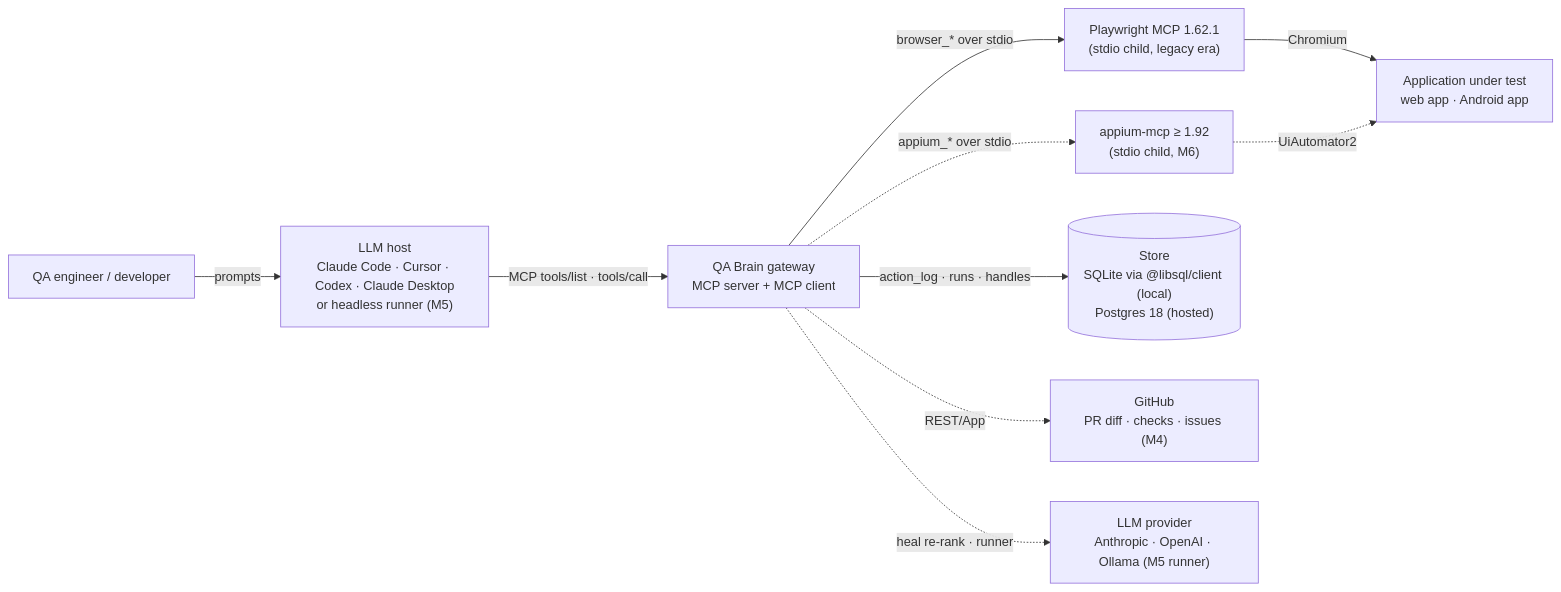
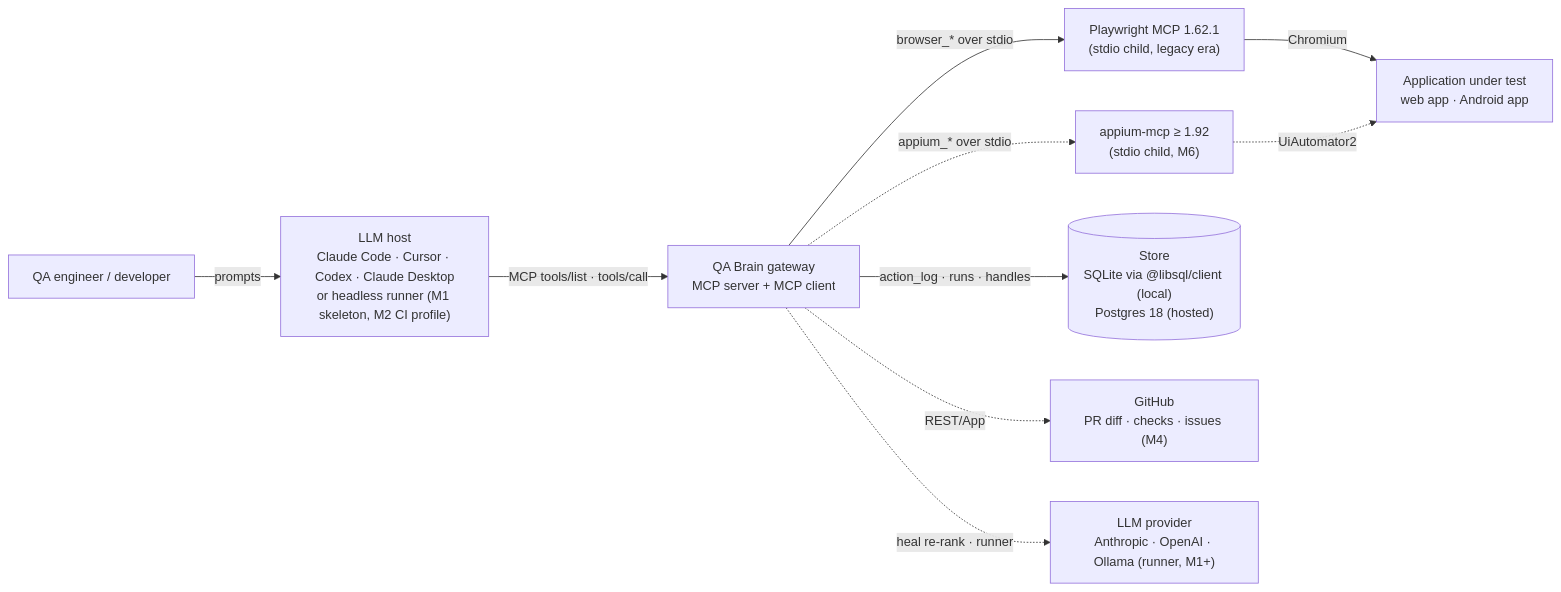
One commit to chinmaydhokey/MCP_server changed the first of 3 diagrams in ARCHITECTURE.md. Above: the diagram before and after it, drawn with Mermaid. The commit also changed other lines of this file and 80 other files, not shown here.

````diff
--- a/ARCHITECTURE.md
+++ b/ARCHITECTURE.md
@@ -20,21 +20,21 @@
 ```mermaid
 flowchart LR
   dev["QA engineer / developer"]
-  host["LLM host<br/>Claude Code · Cursor · Codex · Claude Desktop<br/>or headless runner (M5)"]
+  host["LLM host<br/>Claude Code · Cursor · Codex · Claude Desktop<br/>or headless runner (M1 skeleton, M2 CI profile)"]
   qb["QA Brain gateway<br/>MCP server + MCP client"]
   pw["Playwright MCP 1.62.1<br/>(stdio child, legacy era)"]
   ap["appium-mcp ≥ 1.92<br/>(stdio child, M6)"]
   aut["Application under test<br/>web app · Android app"]
   store[("Store<br/>SQLite via @libsql/client (local)<br/>Postgres 18 (hosted)")]
   gh["GitHub<br/>PR diff · checks · issues (M4)"]
-  llm["LLM provider<br/>Anthropic · OpenAI · Ollama (M5 runner)"]
+  llm["LLM provider<br/>Anthropic · OpenAI · Ollama (runner, M1+)"]
   dev -- prompts --> host
   host -- "MCP tools/list · tools/call" --> qb
   qb -- "browser_* over stdio" --> pw
   qb -. "appium_* over stdio" .-> ap
   pw -- Chromium --> aut
   ap -. UiAutomator2 .-> aut
   qb -- "action_log · runs · handles" --> store
   qb -. REST/App .-> gh
   qb -. "heal re-rank · runner" .-> llm
 ```
````
